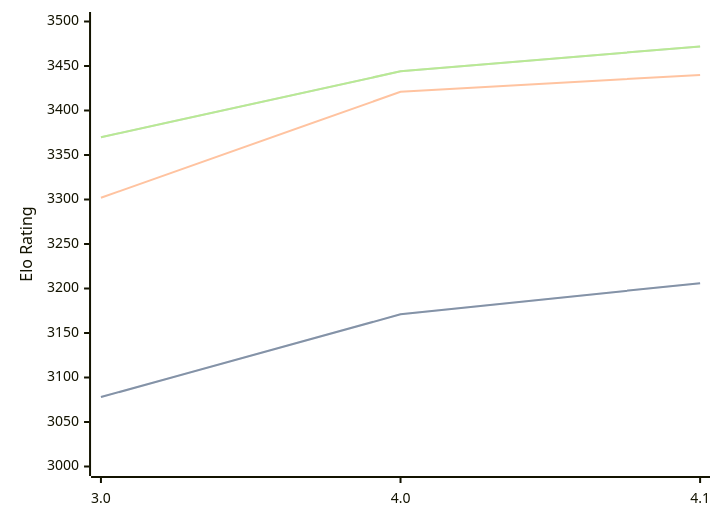
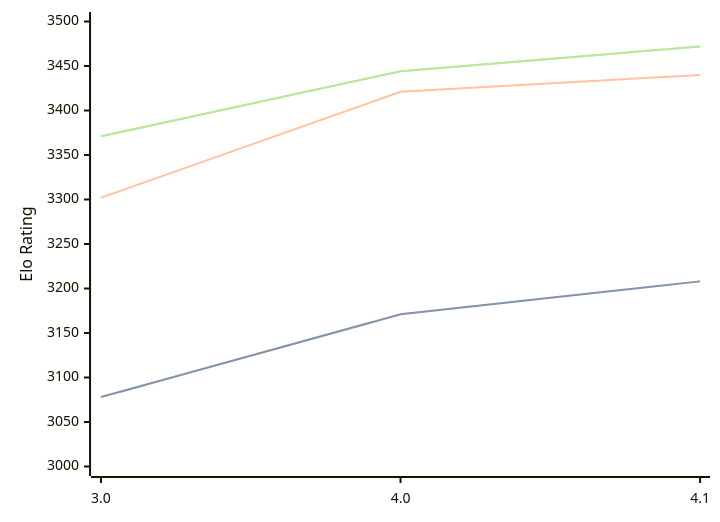
One commit to computer-chess-index/cci changed the diagram in engines/Eleanor.md. Above: the diagram before and after it, drawn with Mermaid. The commit also changed other lines of this file, not shown here.

Commit message:
Update CCI Ratings (ELO VLTC) - 2026-05-13

````diff
--- a/engines/Eleanor.md
+++ b/engines/Eleanor.md
@@ -35,11 +35,11 @@
 ```mermaid
 %%{init: {"theme":"base","themeVariables":{"seriesColors:['#a3a3a3','#222221','#faa371']}}}%%
 xychart-beta
   x-axis ["3.0", "4.0", "4.1"]
   y-axis "Elo Rating" 3000 --> 3500
-  line "STC (8.0+0.08s)" [3078, 3171, 3206]
-  line "STC (8.0+0.08s)" [3078, 3171, 3206]
+  line "STC (8.0+0.08s)" [3078, 3171, 3208]
+  line "STC (8.0+0.08s)" [3078, 3171, 3208]
   line "LTC (60.0+0.60s)" [3302, 3421, 3440]
-  line "VLTC (2m24s+1.12s)" [3370, 3444, 3472]
-  line "VLTC (2m24s+1.12s)" [3370, 3444, 3472]
+  line "VLTC (2m24s+1.12s)" [3371, 3444, 3472]
+  line "VLTC (2m24s+1.12s)" [3371, 3444, 3472]
 ```
````
